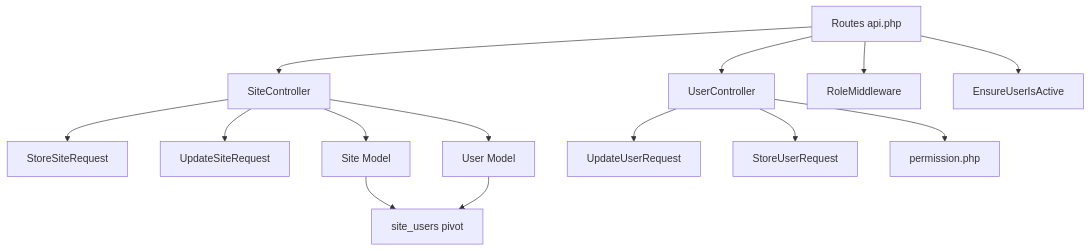
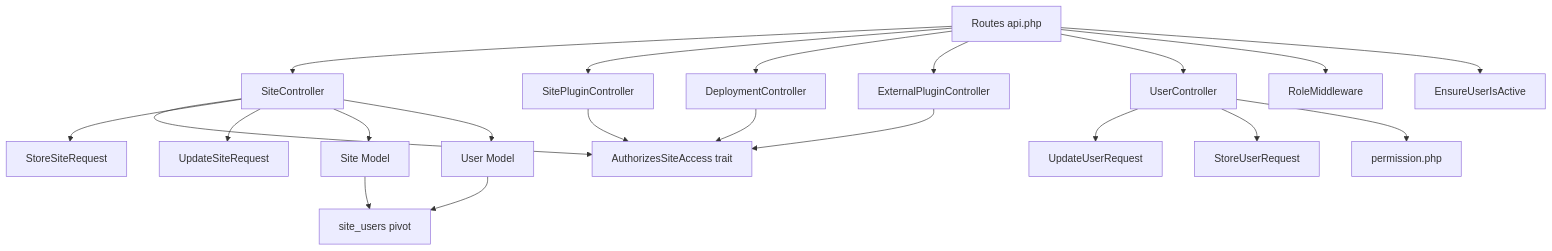
The tenth of 10 diagrams in .qoder/repowiki/en/content/Site Management System/Site User Management.md (FCS-WP/website_portal), drawn with Mermaid before and after one commit. The commit also changed other lines of this file and 30 other files, not shown here.

````diff
--- a/.qoder/repowiki/en/content/Site Management System/Site User Management.md
+++ b/.qoder/repowiki/en/content/Site Management System/Site User Management.md
@@ -385,16 +501,23 @@
 ```mermaid
 graph TB
 R["Routes api.php"] --> SC["SiteController"]
+R --> SPC["SitePluginController"]
+R --> DC["DeploymentController"]
+R --> EPC["ExternalPluginController"]
 R --> UC["UserController"]
+SC --> TASA["AuthorizesSiteAccess trait"]
+SPC --> TASA
+DC --> TASA
+EPC --> TASA
 SC --> SR["StoreSiteRequest"]
 SC --> UR["UpdateSiteRequest"]
 UC --> URU["UpdateUserRequest"]
 UC --> SRU["StoreUserRequest"]
 SC --> SM["Site Model"]
 SC --> UM["User Model"]
 SM --> PU["site_users pivot"]
 UM --> PU
 R --> RM["RoleMiddleware"]
 R --> AM["EnsureUserIsActive"]
 UC --> PC["permission.php"]
 ```
````
